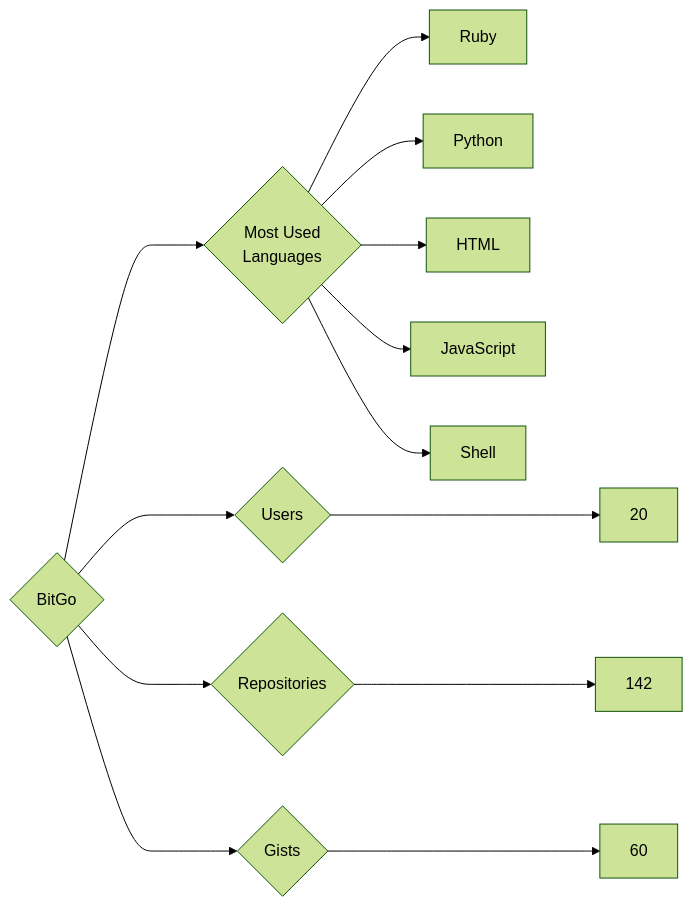
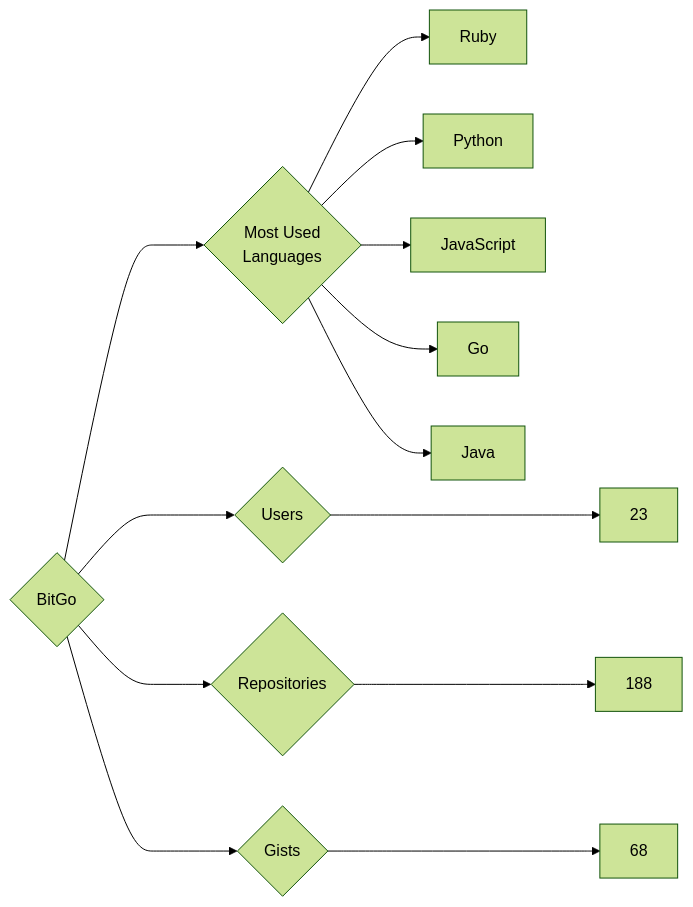
The diagram in targets/BitGo/README.md (trickest/insiders), drawn with Mermaid (forest theme) before and after one commit. The commit also changed 622 other files, not shown here.

````diff
--- a/targets/BitGo/README.md
+++ b/targets/BitGo/README.md
@@ -3,13 +3,13 @@
 ```mermaid
 graph LR
 COMPANY_NAME{BitGo}
-COMPANY_NAME ---> U{Users} ---> UN[20]
-COMPANY_NAME ---> R{Repositories} ---> RN[142]
-COMPANY_NAME ---> G{Gists} ---> GN[60]
+COMPANY_NAME ---> U{Users} ---> UN[23]
+COMPANY_NAME ---> R{Repositories} ---> RN[188]
+COMPANY_NAME ---> G{Gists} ---> GN[68]
 COMPANY_NAME ---> ML{Most Used<br>Languages}
 ML --> Ruby[Ruby]
 ML --> Python[Python]
-ML --> HTML[HTML]
 ML --> JavaScript[JavaScript]
-ML --> Shell[Shell]
+ML --> Go[Go]
+ML --> Java[Java]
 ```
````
